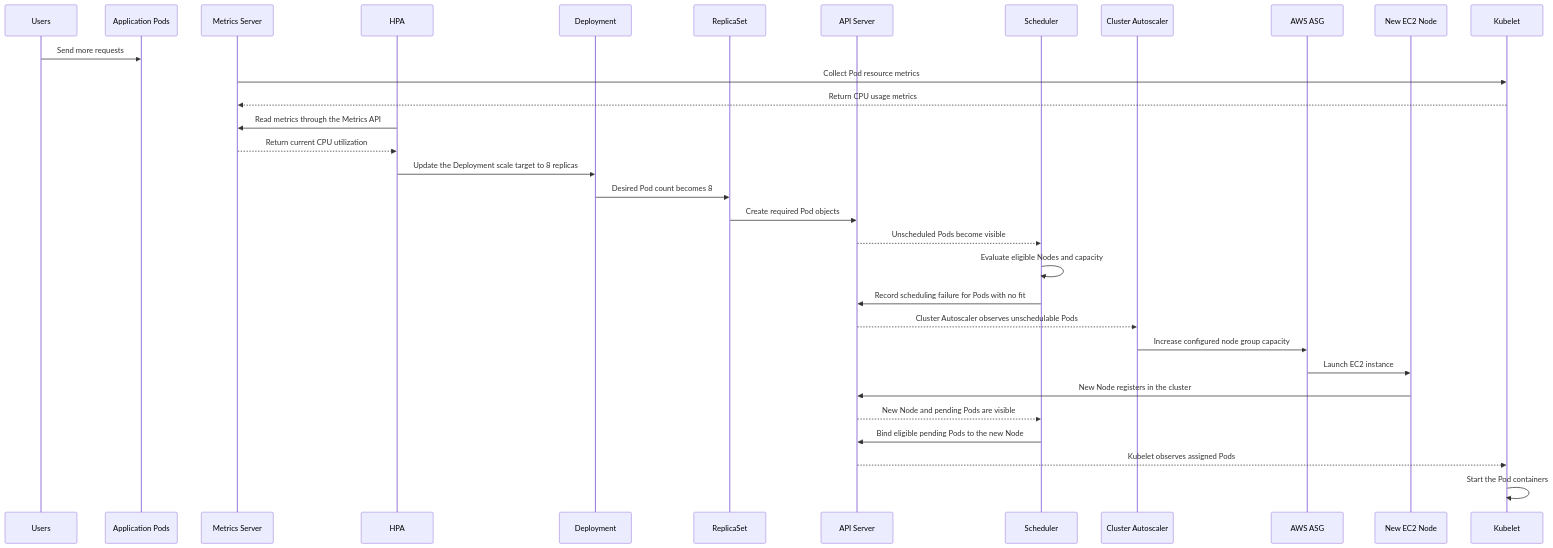
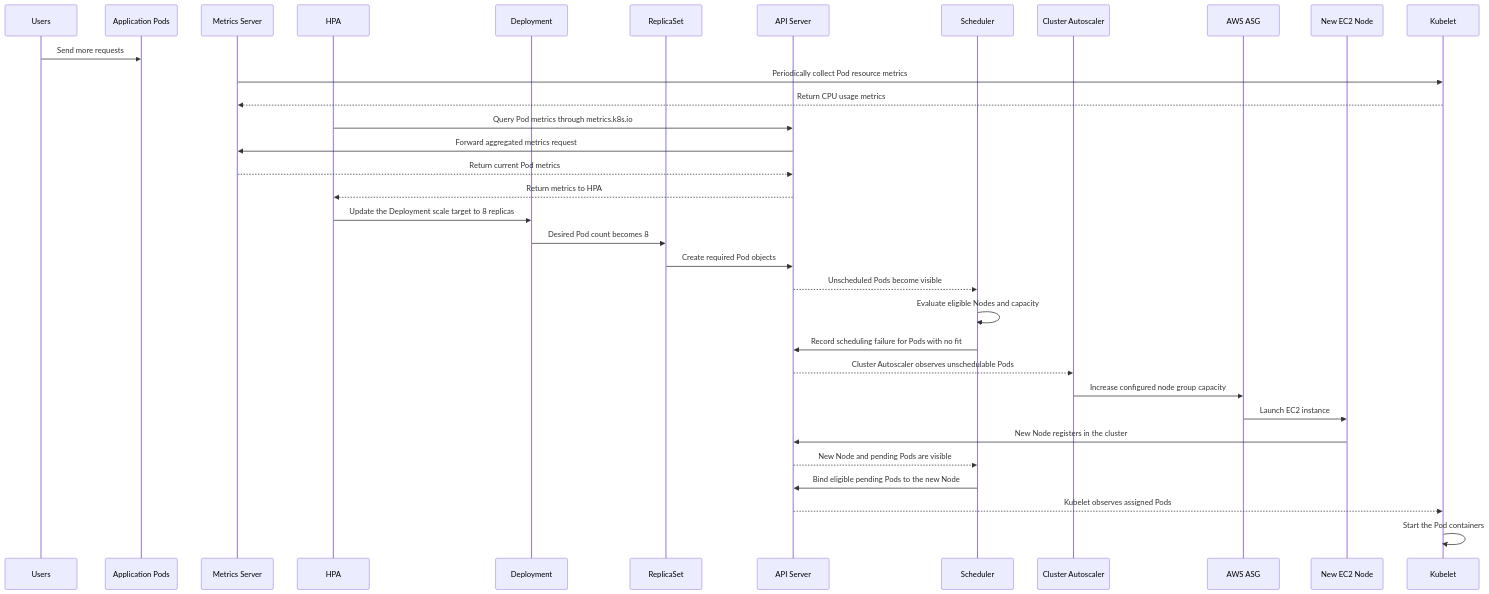
Before and after one commit to shomi-khan/k8s-tutorial: diagram 11 of 12 in chapters/00-kubernetes-foundation/README.md, drawn with Mermaid.

Commit message:
docs: route HPA metrics through Kubernetes API server

````diff
--- a/chapters/00-kubernetes-foundation/README.md
+++ b/chapters/00-kubernetes-foundation/README.md
@@ -454,35 +454,37 @@
 ```mermaid
 sequenceDiagram
     participant U as Users
     participant APP as Application Pods
     participant MS as Metrics Server
     participant H as HPA
     participant D as Deployment
     participant RS as ReplicaSet
     participant API as API Server
     participant S as Scheduler
     participant CA as Cluster Autoscaler
     participant A as AWS ASG
     participant N as New EC2 Node
     participant K as Kubelet
 
     U->>APP: Send more requests
-    MS->>K: Collect Pod resource metrics
+    MS->>K: Periodically collect Pod resource metrics
     K-->>MS: Return CPU usage metrics
-    H->>MS: Read metrics through the Metrics API
-    MS-->>H: Return current CPU utilization
+    H->>API: Query Pod metrics through metrics.k8s.io
+    API->>MS: Forward aggregated metrics request
+    MS-->>API: Return current Pod metrics
+    API-->>H: Return metrics to HPA
     H->>D: Update the Deployment scale target to 8 replicas
     D->>RS: Desired Pod count becomes 8
     RS->>API: Create required Pod objects
     API-->>S: Unscheduled Pods become visible
     S->>S: Evaluate eligible Nodes and capacity
     S->>API: Record scheduling failure for Pods with no fit
     API-->>CA: Cluster Autoscaler observes unschedulable Pods
     CA->>A: Increase configured node group capacity
     A->>N: Launch EC2 instance
     N->>API: New Node registers in the cluster
     API-->>S: New Node and pending Pods are visible
     S->>API: Bind eligible pending Pods to the new Node
     API-->>K: Kubelet observes assigned Pods
     K->>K: Start the Pod containers
 ```
````
